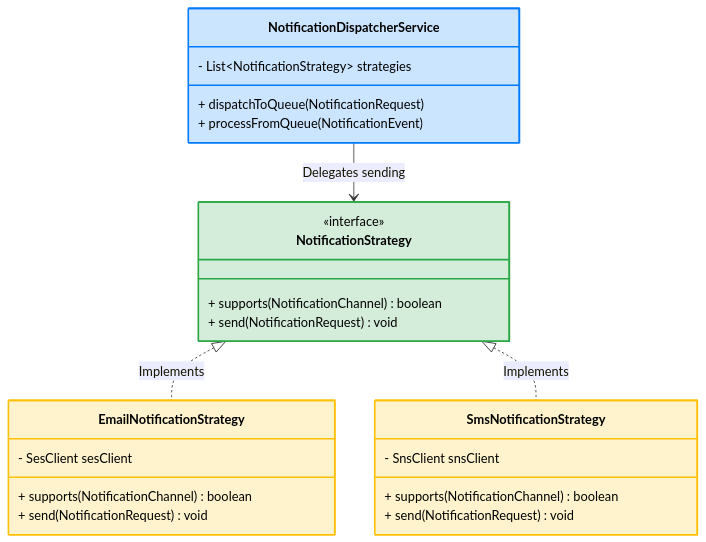
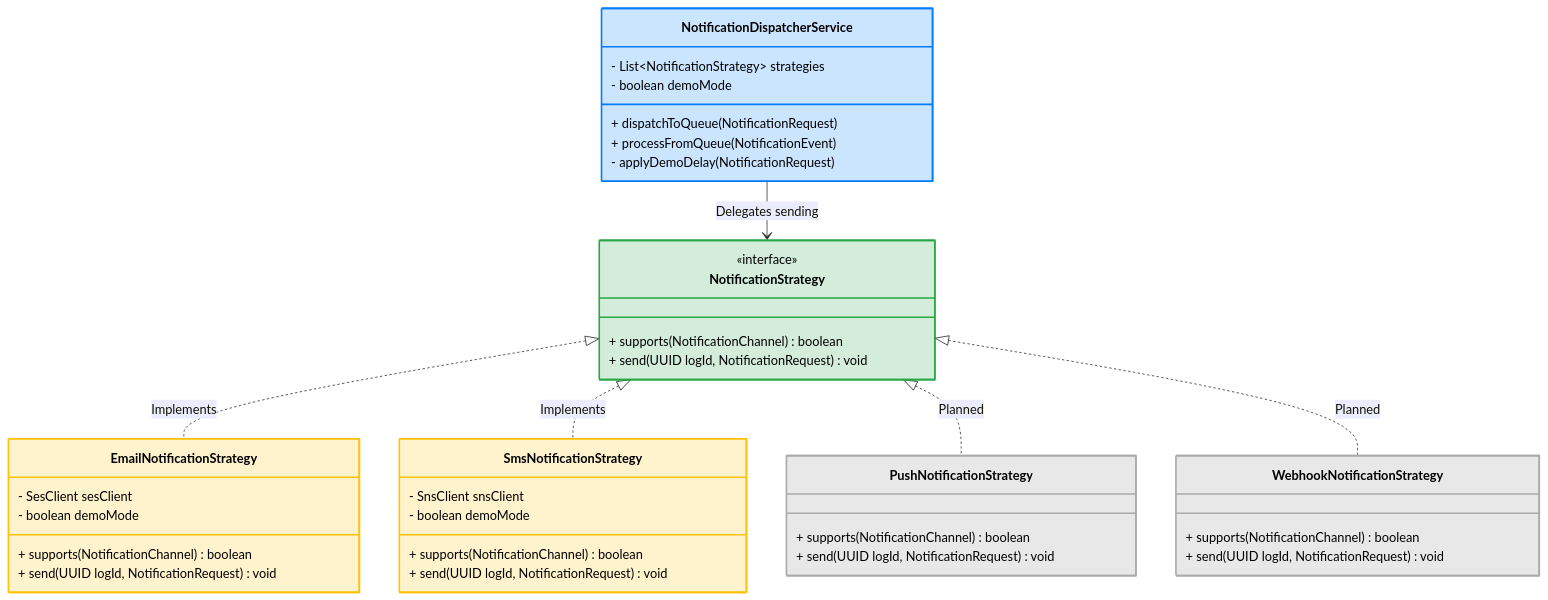
The third of 4 diagrams in ARCHITECTURE.md (pmfml/multi-channel-notification-engine), drawn with Mermaid before and after one commit. The commit also changed other lines of this file and 1 other file, not shown here.

Commit message:
docs: update README and ARCHITECTURE to reflect security model, extensibility and WS lifecycle

````diff
--- a/ARCHITECTURE.md
+++ b/ARCHITECTURE.md
@@ -124,35 +165,53 @@
 ```mermaid
 classDiagram
     class NotificationDispatcherService {
         - List~NotificationStrategy~ strategies
+        - boolean demoMode
         + dispatchToQueue(NotificationRequest)
         + processFromQueue(NotificationEvent)
+        - applyDemoDelay(NotificationRequest)
     }
 
     class NotificationStrategy {
         <<interface>>
         + supports(NotificationChannel) boolean
-        + send(NotificationRequest) void
+        + send(UUID logId, NotificationRequest) void
     }
 
     class EmailNotificationStrategy {
         - SesClient sesClient
+        - boolean demoMode
         + supports(NotificationChannel) boolean
-        + send(NotificationRequest) void
+        + send(UUID logId, NotificationRequest) void
     }
 
     class SmsNotificationStrategy {
         - SnsClient snsClient
+        - boolean demoMode
         + supports(NotificationChannel) boolean
-        + send(NotificationRequest) void
+        + send(UUID logId, NotificationRequest) void
+    }
+
+    class PushNotificationStrategy {
+        + supports(NotificationChannel) boolean
+        + send(UUID logId, NotificationRequest) void
+    }
+
+    class WebhookNotificationStrategy {
+        + supports(NotificationChannel) boolean
+        + send(UUID logId, NotificationRequest) void
     }
 
     NotificationDispatcherService --> NotificationStrategy : Delegates sending
     NotificationStrategy <|.. EmailNotificationStrategy : Implements
     NotificationStrategy <|.. SmsNotificationStrategy : Implements
+    NotificationStrategy <|.. PushNotificationStrategy : Planned
+    NotificationStrategy <|.. WebhookNotificationStrategy : Planned
 
     style NotificationDispatcherService fill:#cce5ff,stroke:#007bff,stroke-width:2px,color:#000000
     style NotificationStrategy fill:#d4edda,stroke:#28a745,stroke-width:2px,color:#000000
     style EmailNotificationStrategy fill:#fff3cd,stroke:#ffc107,stroke-width:2px,color:#000000
     style SmsNotificationStrategy fill:#fff3cd,stroke:#ffc107,stroke-width:2px,color:#000000
+    style PushNotificationStrategy fill:#e8e8e8,stroke:#aaaaaa,stroke-width:2px,color:#000000
+    style WebhookNotificationStrategy fill:#e8e8e8,stroke:#aaaaaa,stroke-width:2px,color:#000000
 ```
````
